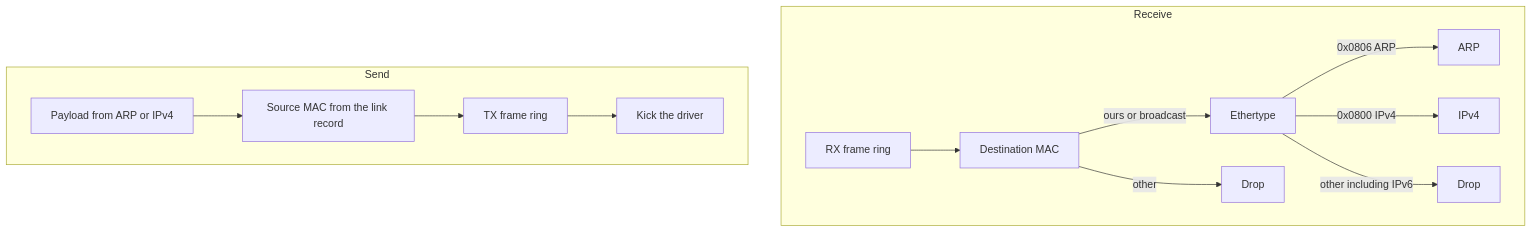
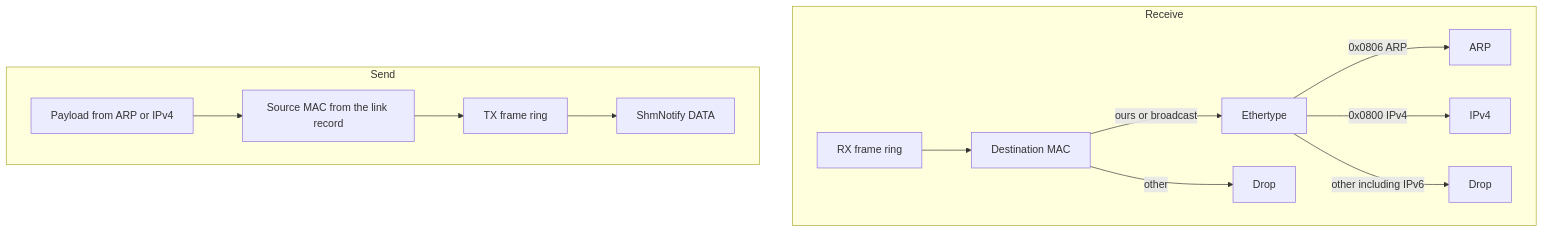
The second of 10 diagrams in projects/harland/docs/RING2_NET.md (ritz-lang/rz), drawn with Mermaid before and after one commit. The commit also changed other lines of this file and 4 other files, not shown here.

````diff
--- a/projects/harland/docs/RING2_NET.md
+++ b/projects/harland/docs/RING2_NET.md
@@ -101,16 +102,16 @@
 ```mermaid
 flowchart TB
   subgraph rx [Receive]
     rxIn[RX frame ring] --> mac[Destination MAC]
     mac -->|ours or broadcast| etype[Ethertype]
     mac -->|other| dropMac[Drop]
     etype -->|0x0806 ARP| toArp[ARP]
     etype -->|0x0800 IPv4| toIp[IPv4]
     etype -->|other including IPv6| dropType[Drop]
   end
   subgraph tx [Send]
     body[Payload from ARP or IPv4] --> hdr[Source MAC from the link record]
     hdr --> txOut[TX frame ring]
-    txOut --> kick[Kick the driver]
+    txOut --> kick[ShmNotify DATA]
   end
 ```
````
